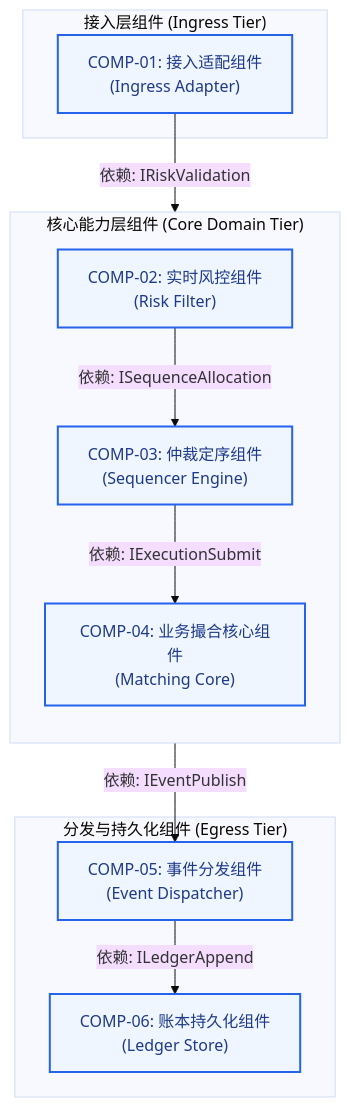
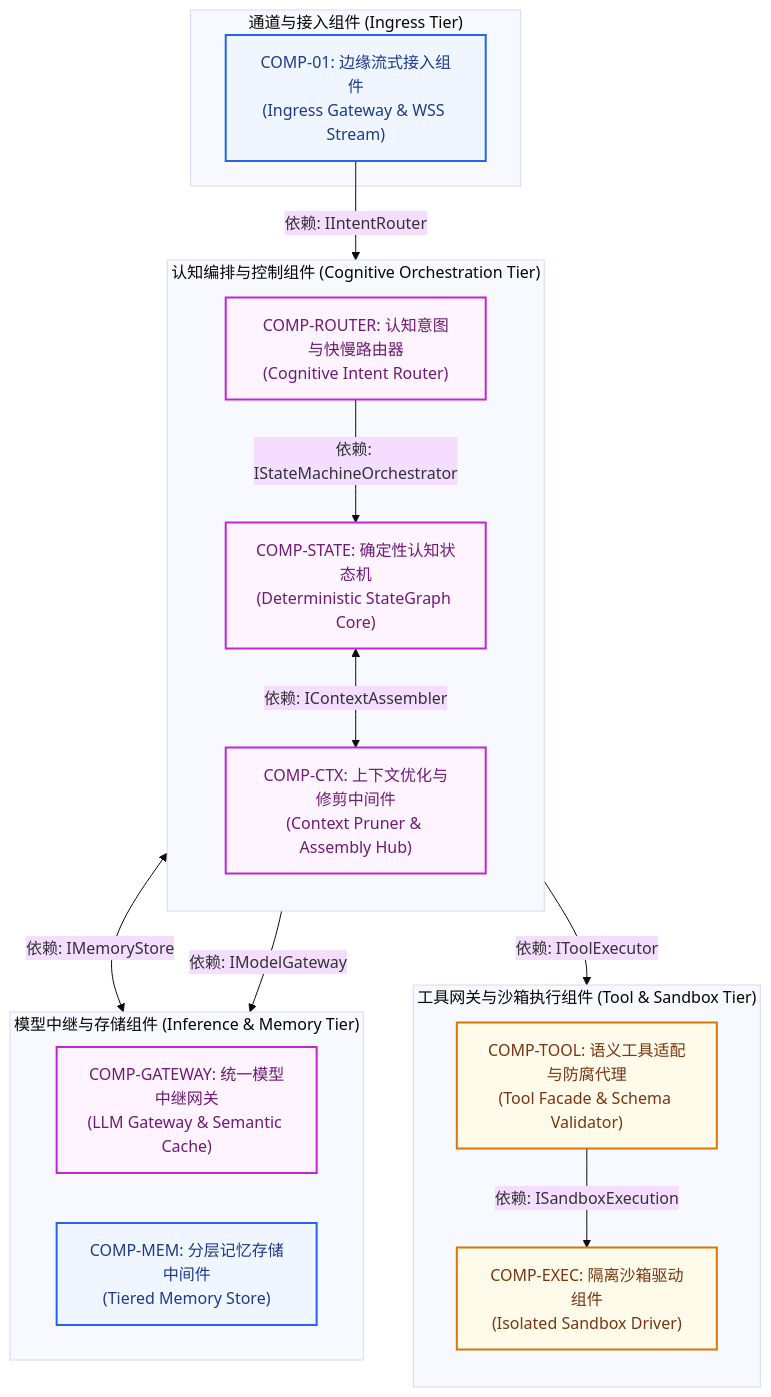
One commit to swizardlv/architect_skill changed the first of 3 diagrams in templates/component-model-template.md. Above: the diagram before and after it, drawn with Mermaid (base theme). The commit also changed other lines of this file and 10 other files, not shown here.

````diff
--- a/templates/component-model-template.md
+++ b/templates/component-model-template.md
@@ -9,29 +9,39 @@
 ```mermaid
 flowchart TD
     %% 样式表定义
     classDef logicalComp fill:#eff6ff,stroke:#2563eb,stroke-width:2px,color:#1e3a8a;
-    classDef interfaceNode fill:#ffffff,stroke:#0284c7,stroke-width:1px,stroke-dasharray: 2 2,color:#0369a1;
+    classDef middlewareComp fill:#fdf4ff,stroke:#c026d3,stroke-width:2px,color:#701a75;
+    classDef sandboxComp fill:#fffbeb,stroke:#d97706,stroke-width:2px,color:#78350f;
 
-    subgraph LayerIngress ["接入层组件 (Ingress Tier)"]
-        CompGateway["COMP-01: 接入适配组件<br/>(Ingress Adapter)"]:::logicalComp
+    subgraph LayerIngress ["通道与接入组件 (Ingress Tier)"]
+        CompGateway["COMP-01: 边缘流式接入组件<br/>(Ingress Gateway & WSS Stream)"]:::logicalComp
     end
 
-    subgraph LayerCore ["核心能力层组件 (Core Domain Tier)"]
+    subgraph LayerCognition ["认知编排与控制组件 (Cognitive Orchestration Tier)"]
         direction TB
-        CompRisk["COMP-02: 实时风控组件<br/>(Risk Filter)"]:::logicalComp
-        CompSeq["COMP-03: 仲裁定序组件<br/>(Sequencer Engine)"]:::logicalComp
-        CompMatch["COMP-04: 业务撮合核心组件<br/>(Matching Core)"]:::logicalComp
+        CompRouter["COMP-ROUTER: 认知意图与快慢路由器<br/>(Cognitive Intent Router)"]:::middlewareComp
+        CompState["COMP-STATE: 确定性认知状态机<br/>(Deterministic StateGraph Core)"]:::middlewareComp
+        CompCtx["COMP-CTX: 上下文优化与修剪中间件<br/>(Context Pruner & Assembly Hub)"]:::middlewareComp
     end
 
-    subgraph LayerEgress ["分发与持久化组件 (Egress Tier)"]
-        CompDispatch["COMP-05: 事件分发组件<br/>(Event Dispatcher)"]:::logicalComp
-        CompLedger["COMP-06: 账本持久化组件<br/>(Ledger Store)"]:::logicalComp
+    subgraph LayerTooling ["工具网关与沙箱执行组件 (Tool & Sandbox Tier)"]
+        direction TB
+        CompTool["COMP-TOOL: 语义工具适配与防腐代理<br/>(Tool Facade & Schema Validator)"]:::sandboxComp
+        CompSandbox["COMP-EXEC: 隔离沙箱驱动组件<br/>(Isolated Sandbox Driver)"]:::sandboxComp
+    end
+
+    subgraph LayerInference ["模型中继与存储组件 (Inference & Memory Tier)"]
+        direction LR
+        CompModel["COMP-GATEWAY: 统一模型中继网关<br/>(LLM Gateway & Semantic Cache)"]:::middlewareComp
+        CompMemory["COMP-MEM: 分层记忆存储中间件<br/>(Tiered Memory Store)"]:::logicalComp
     end
 
     %% 接口暴露与依赖连线 (无环有向图 DAG)
-    CompGateway -->|"依赖: IRiskValidation"| CompRisk
-    CompRisk -->|"依赖: ISequenceAllocation"| CompSeq
-    CompSeq -->|"依赖: IExecutionSubmit"| CompMatch
-    CompMatch -->|"依赖: IEventPublish"| CompDispatch
-    CompDispatch -->|"依赖: ILedgerAppend"| CompLedger
+    CompGateway -->|"依赖: IIntentRouter"| CompRouter
+    CompRouter -->|"依赖: IStateMachineOrchestrator"| CompState
+    CompState <-->|"依赖: IContextAssembler"| CompCtx
+    CompCtx <-->|"依赖: IMemoryStore"| CompMemory
+    CompState -->|"依赖: IModelGateway"| CompModel
+    CompState -->|"依赖: IToolExecutor"| CompTool
+    CompTool -->|"依赖: ISandboxExecution"| CompSandbox
 ```
````
